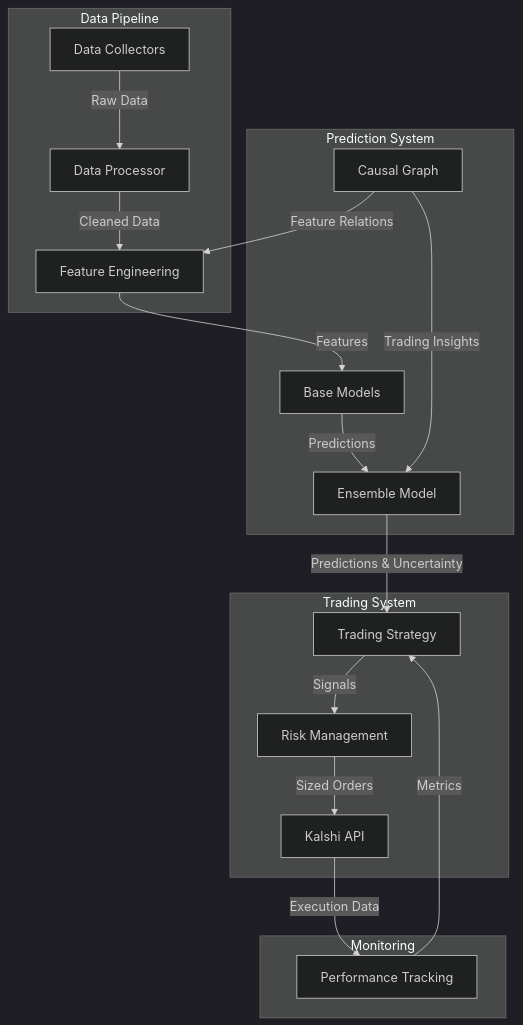
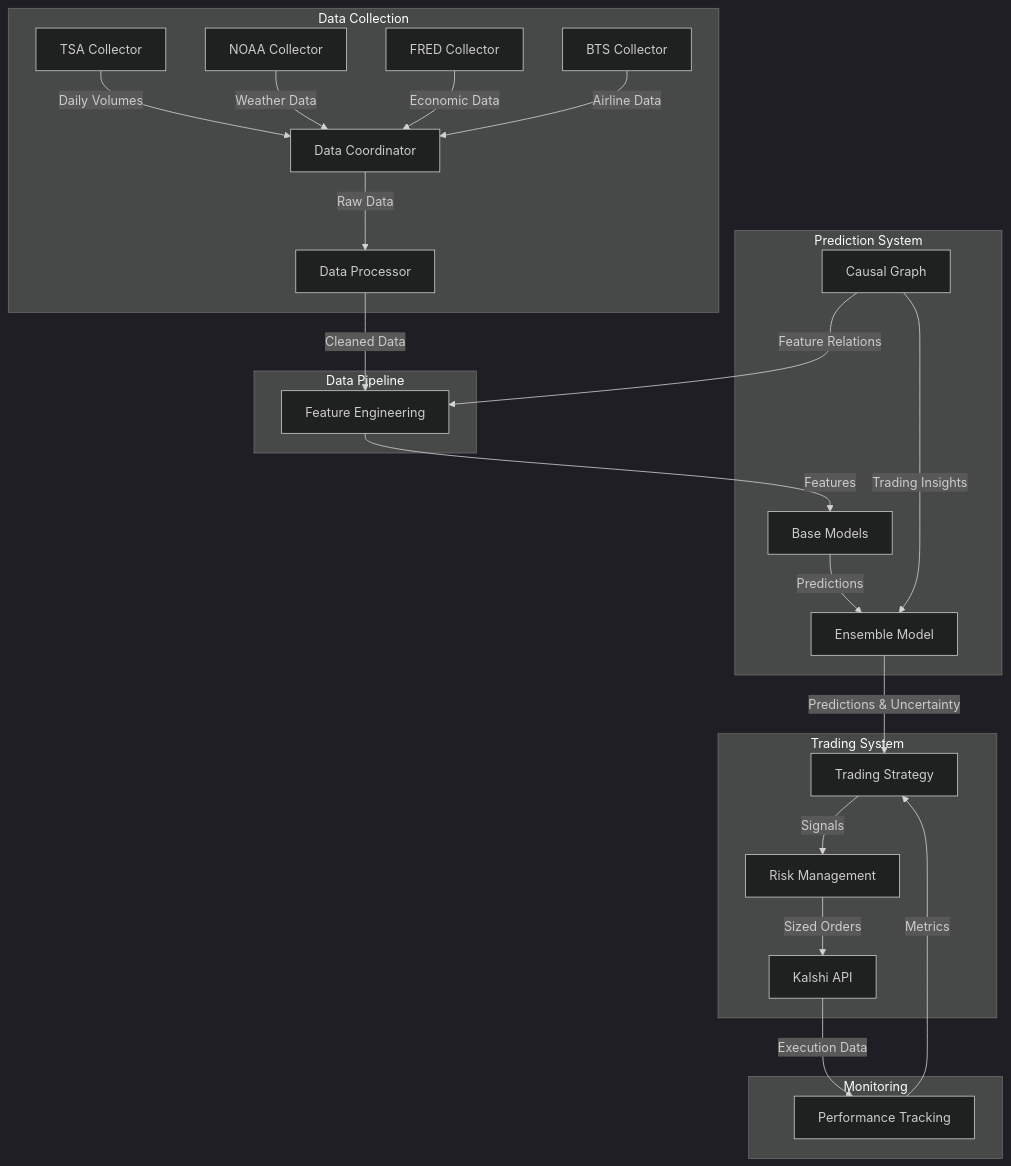
One commit to jereme360/Kalshi-TSA-trading-algo changed the first of 5 diagrams in README.md. Above: the diagram before and after it, drawn with Mermaid (dark theme). The commit also changed other lines of this file and 5 other files, not shown here.

````diff
--- a/README.md
+++ b/README.md
@@ -7,25 +10,32 @@
 ```mermaid
 graph TD
+    subgraph Data Collection
+        TSA[TSA Collector] -->|Daily Volumes| DC[Data Coordinator]
+        NOAA[NOAA Collector] -->|Weather Data| DC
+        FRED[FRED Collector] -->|Economic Data| DC
+        BTS[BTS Collector] -->|Airline Data| DC
+        DC -->|Raw Data| DP[Data Processor]
+    end
+
     subgraph Data Pipeline
-        A[Data Collectors] -->|Raw Data| B[Data Processor]
-        B -->|Cleaned Data| C[Feature Engineering]
+        DP -->|Cleaned Data| FE[Feature Engineering]
     end
 
     subgraph Prediction System
-        C -->|Features| D[Base Models]
-        D -->|Predictions| E[Ensemble Model]
-        F[Causal Graph] -->|Feature Relations| C
-        F -->|Trading Insights| E
+        FE -->|Features| BM[Base Models]
+        BM -->|Predictions| EM[Ensemble Model]
+        CG[Causal Graph] -->|Feature Relations| FE
+        CG -->|Trading Insights| EM
     end
 
     subgraph Trading System
-        E -->|Predictions & Uncertainty| G[Trading Strategy]
-        G -->|Signals| H[Risk Management]
-        H -->|Sized Orders| I[Kalshi API]
+        EM -->|Predictions & Uncertainty| TS[Trading Strategy]
+        TS -->|Signals| RM[Risk Management]
+        RM -->|Sized Orders| KA[Kalshi API]
     end
 
     subgraph Monitoring
-        I -->|Execution Data| J[Performance Tracking]
-        J -->|Metrics| G
+        KA -->|Execution Data| PT[Performance Tracking]
+        PT -->|Metrics| TS
     end
 ```
````
